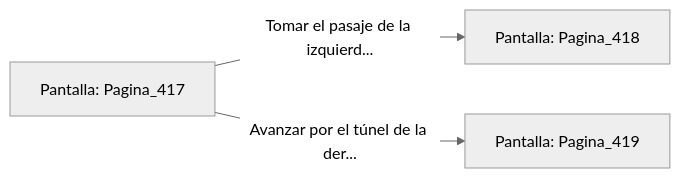
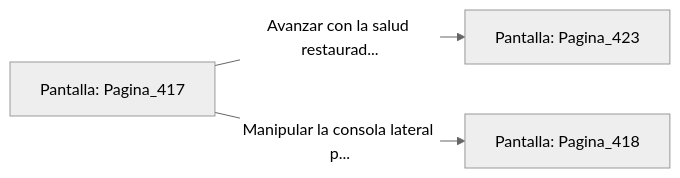
One commit to metsuke/mpl changed the diagram in sample/eligejuego-vault/Pantalla_Pagina_417.md. Above: the diagram before and after it, drawn with Mermaid (neutral theme). The commit also changed other lines of this file and 635 other files, not shown here.

First line of the commit message:
fix: añadir Pagina_1 como pantalla inicial en capitulo_01.mpl

````diff
--- a/sample/eligejuego-vault/Pantalla_Pagina_417.md
+++ b/sample/eligejuego-vault/Pantalla_Pagina_417.md
@@ -20,6 +24,6 @@
 ```mermaid
 graph LR
     P_Pagina_417["Pantalla: Pagina_417"]
-    P_Pagina_417 -->|"Tomar el pasaje de la izquierd..."| P_Pagina_418["Pantalla: Pagina_418"]
-    P_Pagina_417 -->|"Avanzar por el túnel de la der..."| P_Pagina_419["Pantalla: Pagina_419"]
+    P_Pagina_417 -->|"Avanzar con la salud restaurad..."| P_Pagina_423["Pantalla: Pagina_423"]
+    P_Pagina_417 -->|"Manipular la consola lateral p..."| P_Pagina_418["Pantalla: Pagina_418"]
 ```
````
